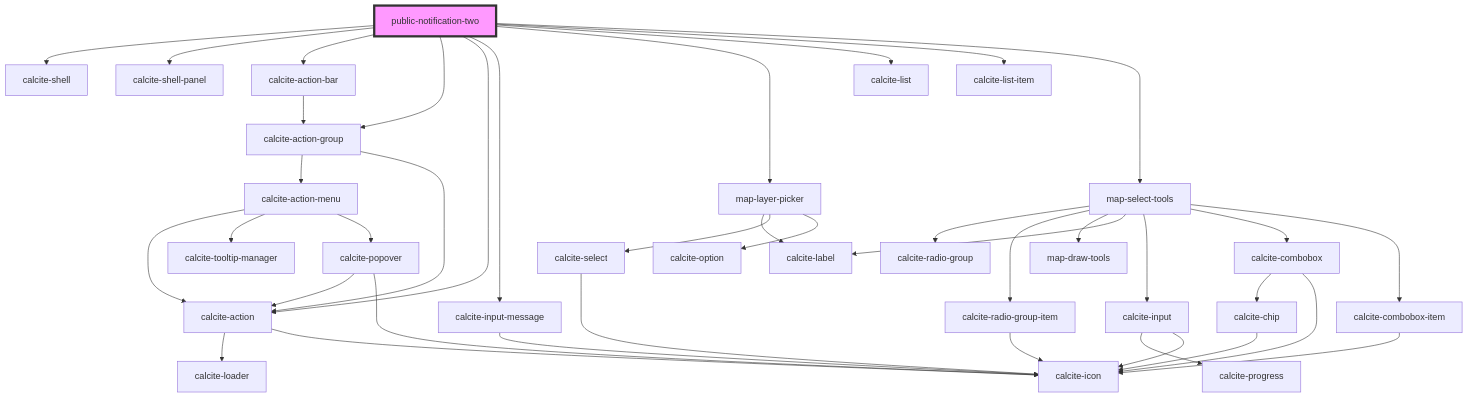
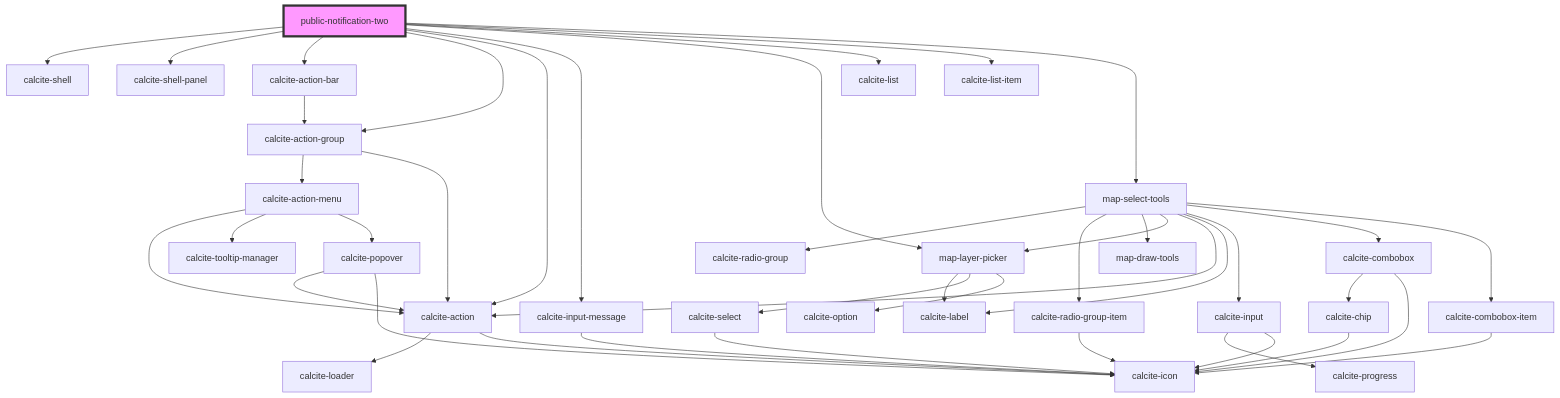
Before and after one commit to Esri/solutions-components: the diagram in src/components/public-notification-two/readme.md, drawn with Mermaid. The commit also changed other lines of this file and 8 other files, not shown here.

Commit message:
updates for map select

````diff
--- a/src/components/public-notification-two/readme.md
+++ b/src/components/public-notification-two/readme.md
@@ -35,43 +36,45 @@
 ```mermaid
 graph TD;
   public-notification-two --> calcite-shell
   public-notification-two --> calcite-shell-panel
   public-notification-two --> calcite-action-bar
   public-notification-two --> calcite-action-group
   public-notification-two --> calcite-action
   public-notification-two --> calcite-input-message
   public-notification-two --> map-layer-picker
   public-notification-two --> calcite-list
   public-notification-two --> calcite-list-item
   public-notification-two --> map-select-tools
   calcite-action-bar --> calcite-action-group
   calcite-action-group --> calcite-action-menu
   calcite-action-group --> calcite-action
   calcite-action-menu --> calcite-action
   calcite-action-menu --> calcite-tooltip-manager
   calcite-action-menu --> calcite-popover
   calcite-action --> calcite-loader
   calcite-action --> calcite-icon
   calcite-popover --> calcite-action
   calcite-popover --> calcite-icon
   calcite-input-message --> calcite-icon
   map-layer-picker --> calcite-label
   map-layer-picker --> calcite-select
   map-layer-picker --> calcite-option
   calcite-select --> calcite-icon
   map-select-tools --> calcite-radio-group
   map-select-tools --> calcite-radio-group-item
   map-select-tools --> map-draw-tools
+  map-select-tools --> map-layer-picker
+  map-select-tools --> calcite-action
   map-select-tools --> calcite-label
   map-select-tools --> calcite-input
   map-select-tools --> calcite-combobox
   map-select-tools --> calcite-combobox-item
   calcite-radio-group-item --> calcite-icon
   calcite-input --> calcite-progress
   calcite-input --> calcite-icon
   calcite-combobox --> calcite-chip
   calcite-combobox --> calcite-icon
   calcite-chip --> calcite-icon
   calcite-combobox-item --> calcite-icon
   style public-notification-two fill:#f9f,stroke:#333,stroke-width:4px
 ```
````
